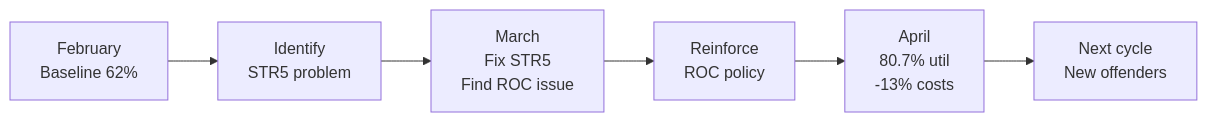
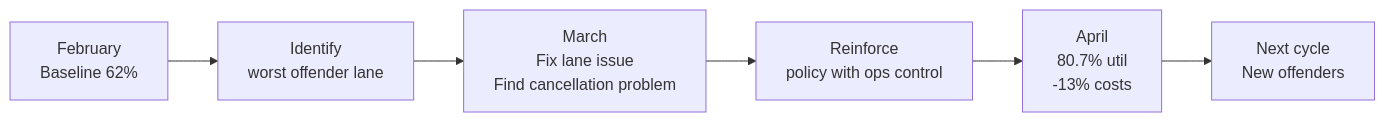
Before and after one commit to bladijm-design/operations-audit-portfolio: the third of 3 diagrams in 04-tcap-capacity-audit/README.md, drawn with Mermaid. The commit also changed other lines of this file and 6 other files, not shown here.

````diff
--- a/04-tcap-capacity-audit/README.md
+++ b/04-tcap-capacity-audit/README.md
@@ -89,8 +89,8 @@
 ```mermaid
 graph LR
-    A[February<br/>Baseline 62%] --> B[Identify<br/>STR5 problem]
-    B --> C[March<br/>Fix STR5<br/>Find ROC issue]
-    C --> D[Reinforce<br/>ROC policy]
+    A[February<br/>Baseline 62%] --> B[Identify<br/>worst offender lane]
+    B --> C[March<br/>Fix lane issue<br/>Find cancellation problem]
+    C --> D[Reinforce<br/>policy with ops control]
     D --> E[April<br/>80.7% util<br/>-13% costs]
     E --> F[Next cycle<br/>New offenders]
 ```
````
